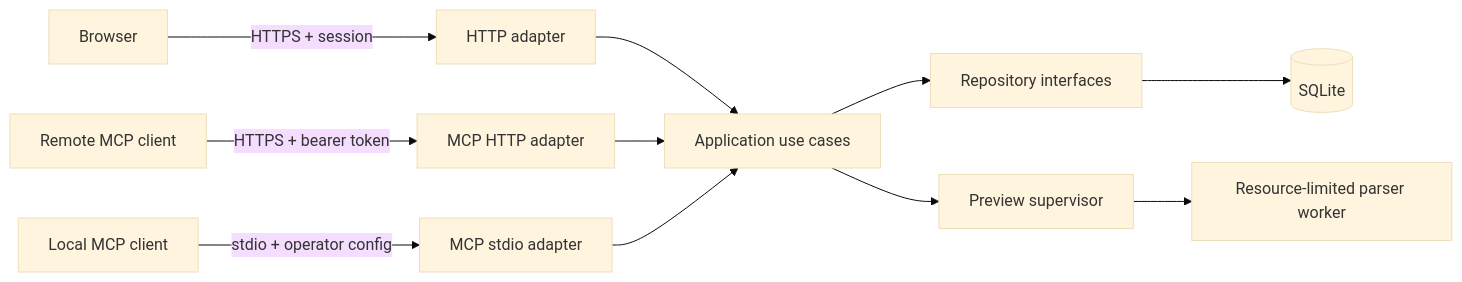
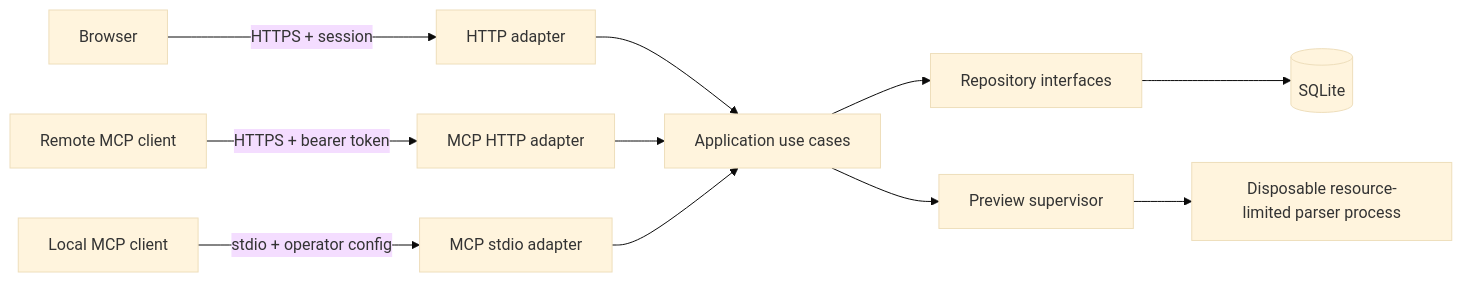
Before and after one commit to romprod/application-tracker: the diagram in docs/architecture.md, drawn with Mermaid (base theme). The commit also changed other lines of this file and 34 other files, not shown here.

````diff
--- a/docs/architecture.md
+++ b/docs/architecture.md
@@ -23,13 +23,13 @@
 ```mermaid
 flowchart LR
   Browser["Browser"] -->|"HTTPS + session"| HTTP["HTTP adapter"]
   RemoteMCP["Remote MCP client"] -->|"HTTPS + bearer token"| MCPHTTP["MCP HTTP adapter"]
   LocalMCP["Local MCP client"] -->|"stdio + operator config"| MCPStdio["MCP stdio adapter"]
   HTTP --> UseCases["Application use cases"]
   MCPHTTP --> UseCases
   MCPStdio --> UseCases
   UseCases --> Repositories["Repository interfaces"]
   Repositories --> SQLite[("SQLite")]
   UseCases --> PreviewQueue["Preview supervisor"]
-  PreviewQueue --> Worker["Resource-limited parser worker"]
+  PreviewQueue --> Worker["Disposable resource-limited parser process"]
 ```
````
